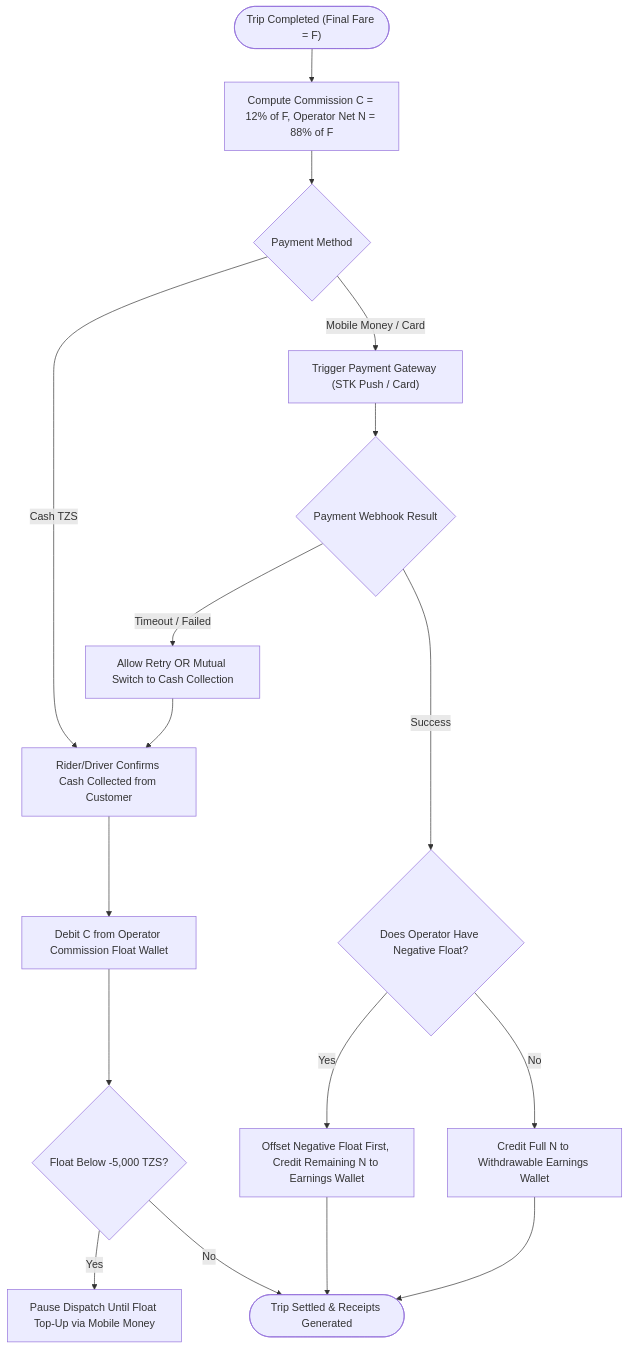
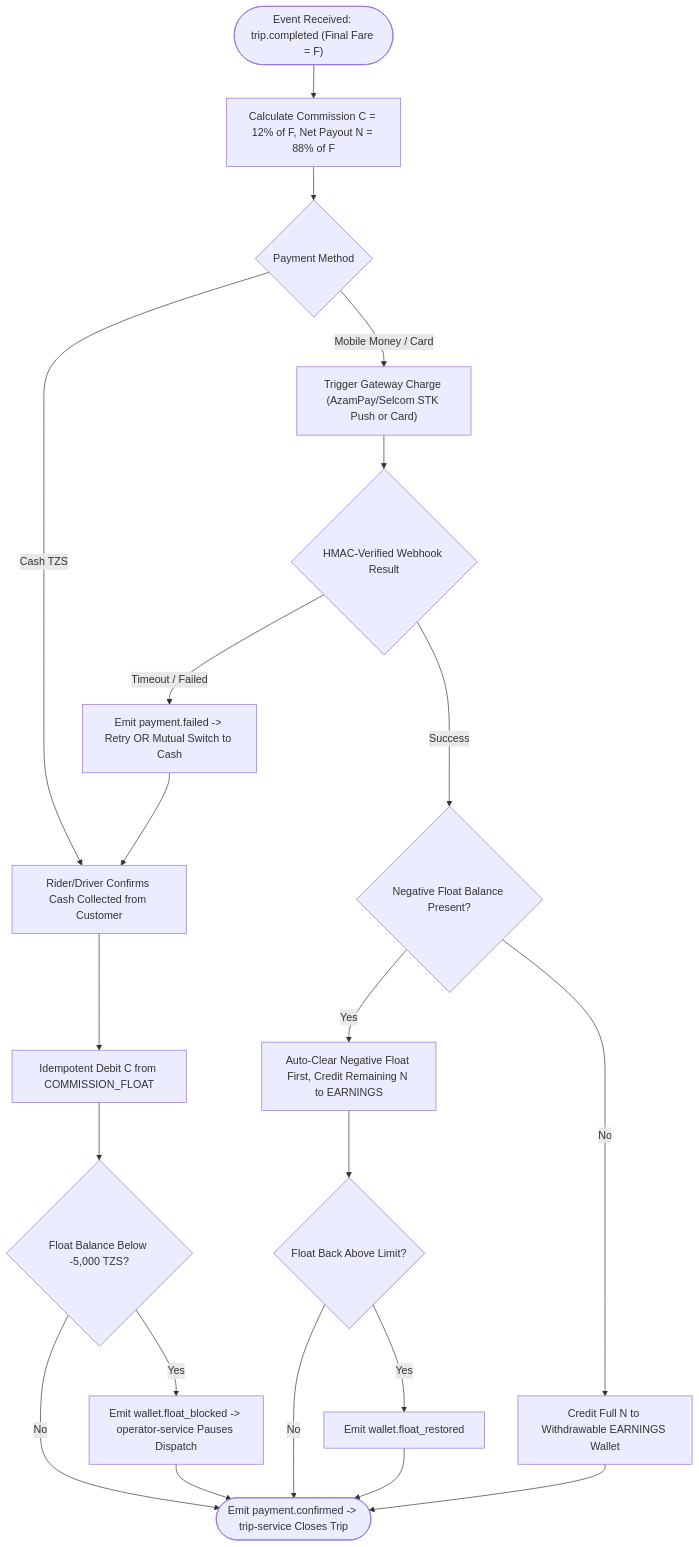
One commit to infaan-hub/go.boda changed the seventh of 7 diagrams in app-flow.md. Above: the diagram before and after it, drawn with Mermaid. The commit also changed other lines of this file and 3 other files, not shown here.

Commit message:
docs: migrate Go.boda specs to 10-service microservice architecture

````diff
--- a/app-flow.md
+++ b/app-flow.md
@@ -322,22 +304,26 @@
 ```mermaid
 flowchart TD
-    TripEnd(["Trip Completed (Final Fare = F)"]) --> Split["Compute Commission C = 12% of F, Operator Net N = 88% of F"]
+    TripEnd(["Event Received: trip.completed (Final Fare = F)"]) --> Split["Calculate Commission C = 12% of F, Net Payout N = 88% of F"]
     Split --> PayType{"Payment Method"}
 
     PayType -->|Cash TZS| CashDone["Rider/Driver Confirms Cash Collected from Customer"]
-    CashDone --> DebitFloat["Debit C from Operator Commission Float Wallet"]
-    DebitFloat --> LimitCheck{"Float Below -5,000 TZS?"}
-    LimitCheck -->|Yes| PauseOp["Pause Dispatch Until Float Top-Up via Mobile Money"]
-    LimitCheck -->|No| Settled(["Trip Settled & Receipts Generated"])
+    CashDone --> DebitFloat["Idempotent Debit C from COMMISSION_FLOAT"]
+    DebitFloat --> LimitCheck{"Float Balance Below -5,000 TZS?"}
+    LimitCheck -->|Yes| EmitBlock["Emit wallet.float_blocked -> operator-service Pauses Dispatch"]
+    LimitCheck -->|No| EmitPaid(["Emit payment.confirmed -> trip-service Closes Trip"])
+    EmitBlock --> EmitPaid
 
-    PayType -->|Mobile Money / Card| Charge["Trigger Payment Gateway (STK Push / Card)"]
-    Charge --> Webhook{"Payment Webhook Result"}
-    Webhook -->|Success| Offset{"Does Operator Have Negative Float?"}
-    Offset -->|Yes| ClearNeg["Offset Negative Float First, Credit Remaining N to Earnings Wallet"]
-    Offset -->|No| CreditFull["Credit Full N to Withdrawable Earnings Wallet"]
-    ClearNeg --> Settled
-    CreditFull --> Settled
+    PayType -->|Mobile Money / Card| Charge["Trigger Gateway Charge (AzamPay/Selcom STK Push or Card)"]
+    Charge --> Webhook{"HMAC-Verified Webhook Result"}
+    Webhook -->|Success| Offset{"Negative Float Balance Present?"}
+    Offset -->|Yes| ClearNeg["Auto-Clear Negative Float First, Credit Remaining N to EARNINGS"]
+    Offset -->|No| CreditFull["Credit Full N to Withdrawable EARNINGS Wallet"]
+    ClearNeg --> RestoreCheck{"Float Back Above Limit?"}
+    RestoreCheck -->|Yes| EmitRestore["Emit wallet.float_restored"]
+    RestoreCheck -->|No| EmitPaid
+    EmitRestore --> EmitPaid
+    CreditFull --> EmitPaid
 
-    Webhook -->|Timeout / Failed| Fallback["Allow Retry OR Mutual Switch to Cash Collection"]
+    Webhook -->|Timeout / Failed| Fallback["Emit payment.failed -> Retry OR Mutual Switch to Cash"]
     Fallback --> CashDone
 ```
````
